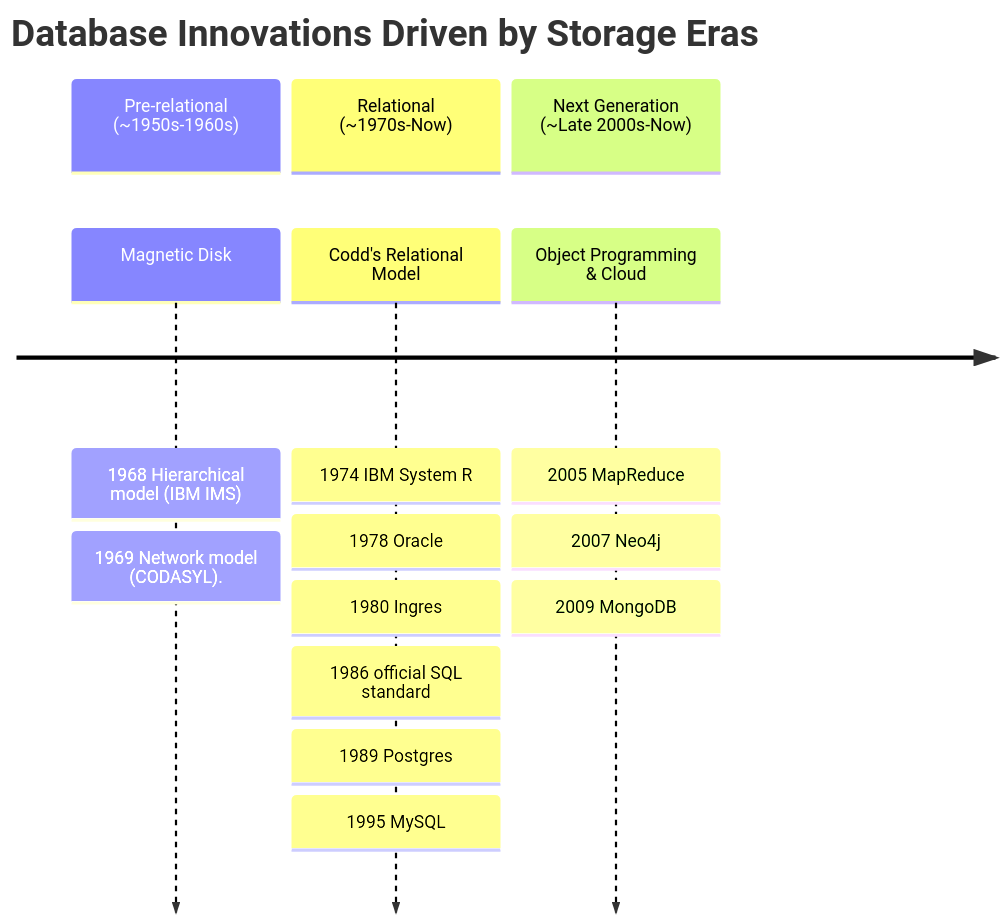
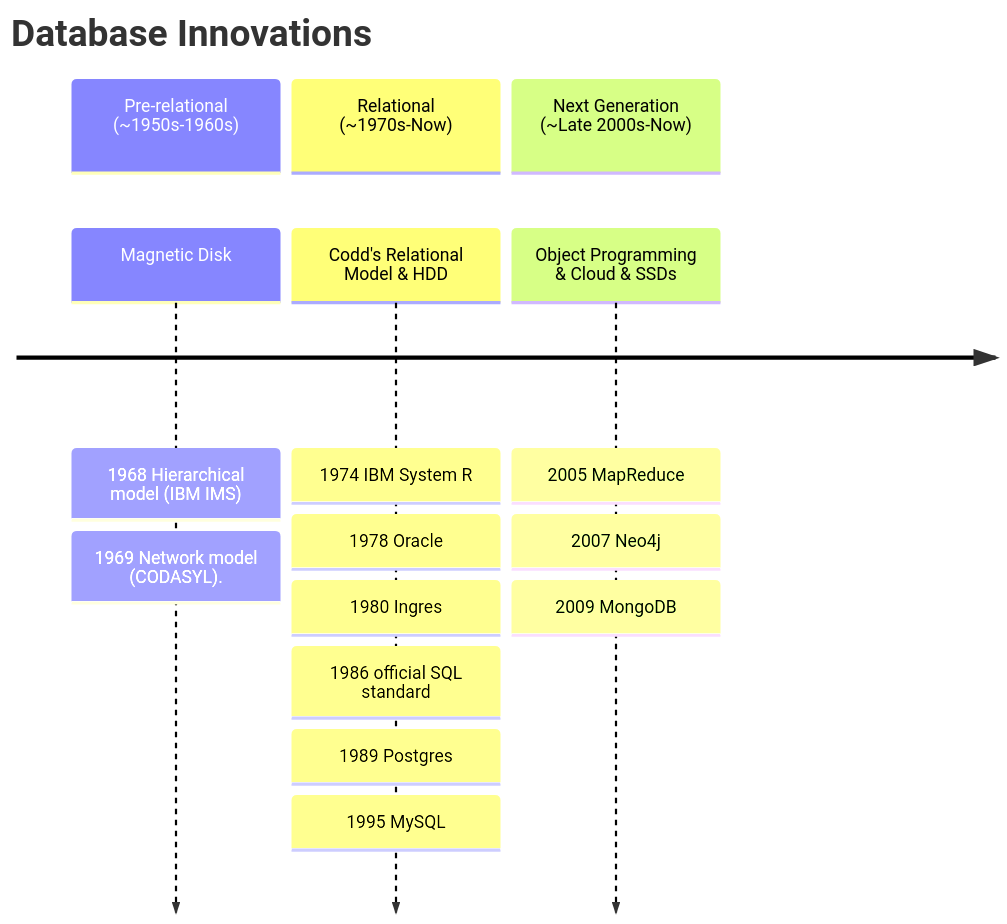
The first of 3 diagrams in 1-nosql-concept/README.md (St-Jude-MS-ABDS/workshop-NoSQL), drawn with Mermaid before and after one commit. The commit also changed other lines of this file and 1 other file, not shown here.

Commit message:
add[mock]: lecture's note

````diff
--- a/1-nosql-concept/README.md
+++ b/1-nosql-concept/README.md
@@ -28,21 +24,20 @@
 ```mermaid
 timeline
-    title Database Innovations Driven by Storage Eras
-
+    title Database Innovations
     section Pre-relational (~1950s-1960s)
         Magnetic Disk : 1968 Hierarchical model (IBM IMS)
                : 1969 Network model (CODASYL).
 
     section Relational (~1970s-Now)
-        Codd's Relational Model : 1974 IBM System R 
+        Codd's Relational Model & HDD : 1974 IBM System R 
         : 1978 Oracle
         : 1980 Ingres
         : 1986 official SQL standard
         : 1989 Postgres
         : 1995 MySQL
 
     section Next Generation (~Late 2000s-Now)
-        Object Programming & Cloud : 2005 MapReduce
+        Object Programming & Cloud & SSDs : 2005 MapReduce
         : 2007 Neo4j
         : 2009 MongoDB
 ```
````
